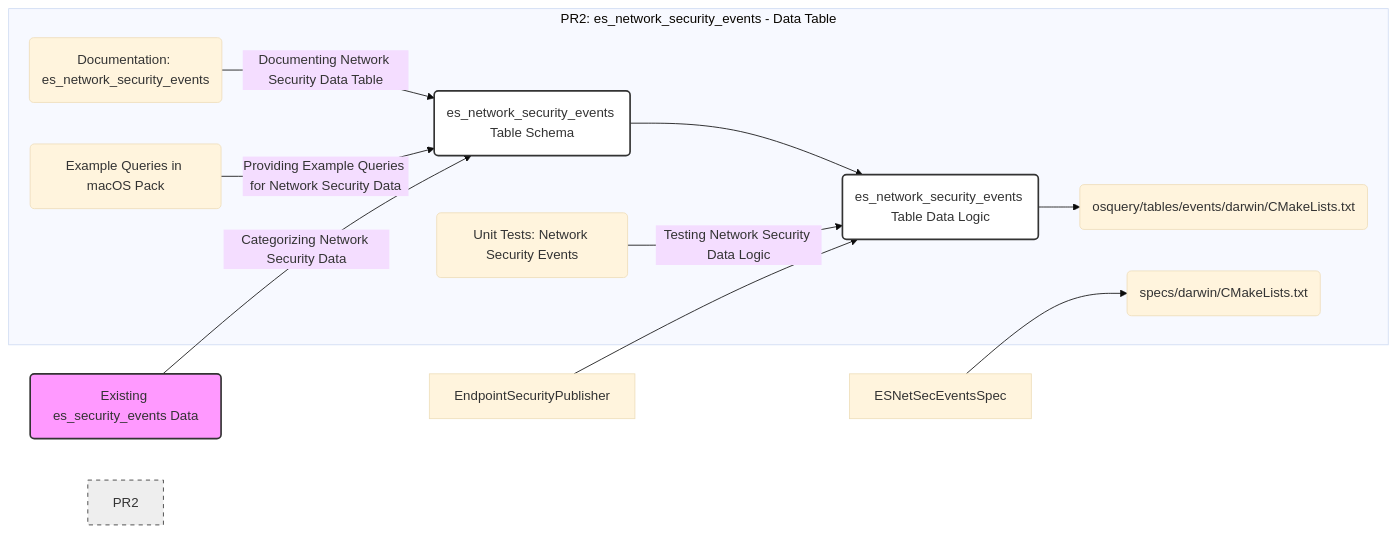
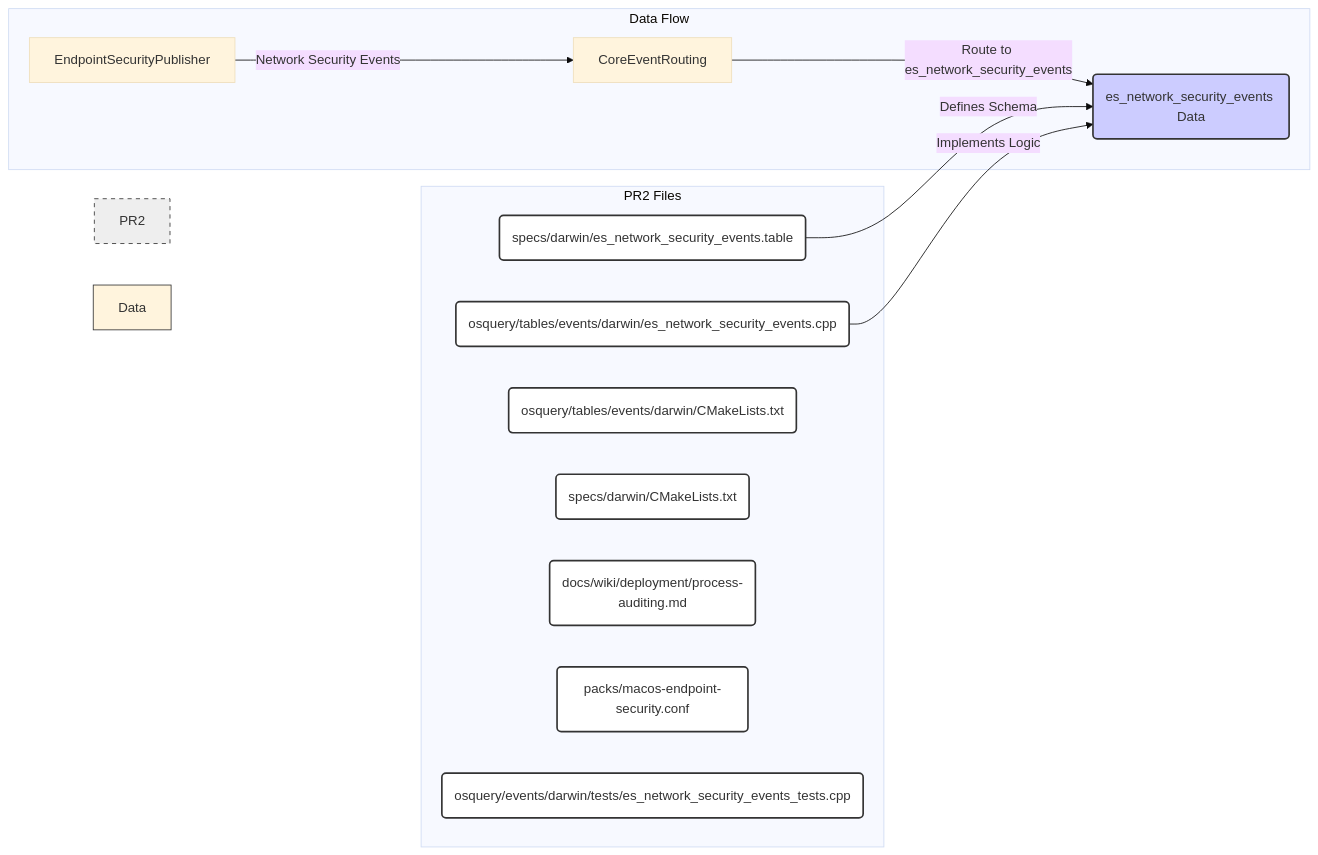
Before and after one commit to tmc/osquery: the third of 6 diagrams in osquery/events/darwin/ES_DIFF_PLAN.md, drawn with Mermaid (base theme). The commit also changed other lines of this file, not shown here.

Commit message:
Refine EndpointSecurity modularization plan with commit-level details

````diff
--- a/osquery/events/darwin/ES_DIFF_PLAN.md
+++ b/osquery/events/darwin/ES_DIFF_PLAN.md
@@ -79,34 +196,34 @@
 ```mermaid
 graph LR
-    subgraph PR2: es_network_security_events - Data Table
-        ESNetSecEventsTableSpec(es_network_security_events Table Schema)
-        ESNetSecEventsImpl(es_network_security_events Table Data Logic)
+    subgraph PR2 Files
+        style PR2 Files fill:#f9f9f9,stroke:#333,stroke-width:1px,padding:10px
+        ESNetSecEventsTableSpec(specs/darwin/es_network_security_events.table)
+        ESNetSecEventsImpl(osquery/tables/events/darwin/es_network_security_events.cpp)
         CMList_TablesEventsDarwin_PR2(osquery/tables/events/darwin/CMakeLists.txt)
         CMList_SpecsDarwin_PR2(specs/darwin/CMakeLists.txt)
-        Doc_NetSecTable(Documentation: es_network_security_events)
-        Pack_NetSecQueries(Example Queries in macOS Pack)
-        UnitTests_NetSec(Unit Tests: Network Security Events)
+        Doc_NetSecTable(docs/wiki/deployment/process-auditing.md)
+        Pack_NetSecQueries(packs/macos-endpoint-security.conf)
+        UnitTests_NetSec(osquery/events/darwin/tests/es_network_security_events_tests.cpp)
     end
 
-    Existing_es_security_events_PR2(Existing es_security_events Data) -- "Categorizing Network Security Data" --> ESNetSecEventsTableSpec
-    ESNetSecEventsTableSpec --> ESNetSecEventsImpl
-    ESNetSecEventsImpl --> CMList_TablesEventsDarwin_PR2
-    ESNetSecEventsSpec --> CMList_SpecsDarwin_PR2
+    subgraph Data Flow
+        style Data Flow fill:#f0f0ff,stroke:#333,stroke-width:1px,padding:10px
+        ESNetSecEventsData(es_network_security_events Data)
+        EndpointSecurityPublisher -- "Network Security Events" --> CoreEventRouting
+        CoreEventRouting -- "Route to es_network_security_events" --> ESNetSecEventsData
+    end
 
-    EndpointSecurityPublisher --> ESNetSecEventsImpl
-
-    Doc_NetSecTable -- "Documenting Network Security Data Table" --> ESNetSecEventsTableSpec
-    Pack_NetSecQueries -- "Providing Example Queries for Network Security Data" --> ESNetSecEventsTableSpec
-    UnitTests_NetSec -- "Testing Network Security Data Logic" --> ESNetSecEventsImpl
+    ESNetSecEventsTableSpec -- Defines Schema --> ESNetSecEventsData
+    ESNetSecEventsImpl -- Implements Logic --> ESNetSecEventsData
 
     style PR2 fill:#eee,stroke:#333,stroke-width:1px,stroke-dasharray: 5 5
-    style Existing_es_security_events_PR2 fill:#f9f,stroke:#333,stroke-width:2px
+    style ESNetSecEventsData fill:#ccf,stroke:#333,stroke-width:2px
 
-    classDef dataType fill:#fff,stroke:#333,stroke-width:2px,shape:note
-    classDef tableSpecType fill:#fff,stroke:#333,stroke-width:2px,shape:cylinder
-    classDef tableImplType fill:#fff,stroke:#333,stroke-width:2px,shape:cylinder
+    classDef fileType fill:#fff,stroke:#333,stroke-width:2px,shape:note
+    classDef dataType fill:#fff,stroke:#333,stroke-width:2px,shape:cylinder
 
-    class ESNetSecEventsTableSpec tableSpecType
-    class ESNetSecEventsImpl tableImplType
+    class ESNetSecEventsTableSpec fileType
+    class ESNetSecEventsImpl fileType
     class CMList_TablesEventsDarwin_PR2,CMList_SpecsDarwin_PR2,Doc_NetSecTable,Pack_NetSecQueries,UnitTests_NetSec fileType
+    class ESNetSecEventsData dataType
 ```
````
